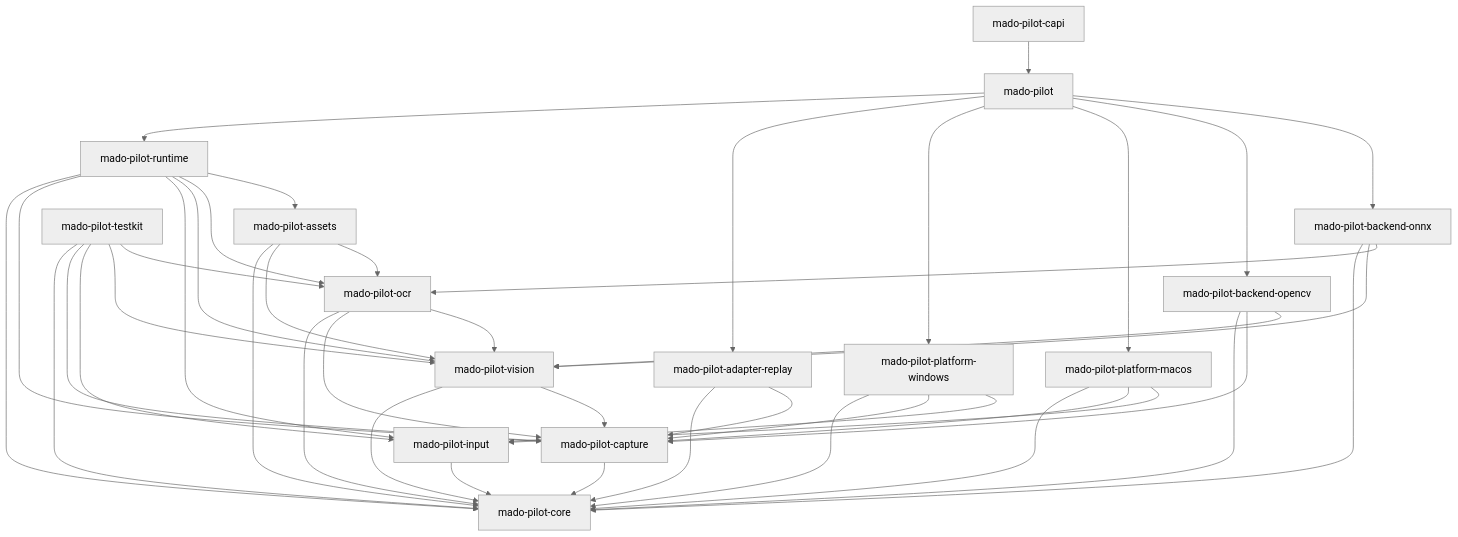
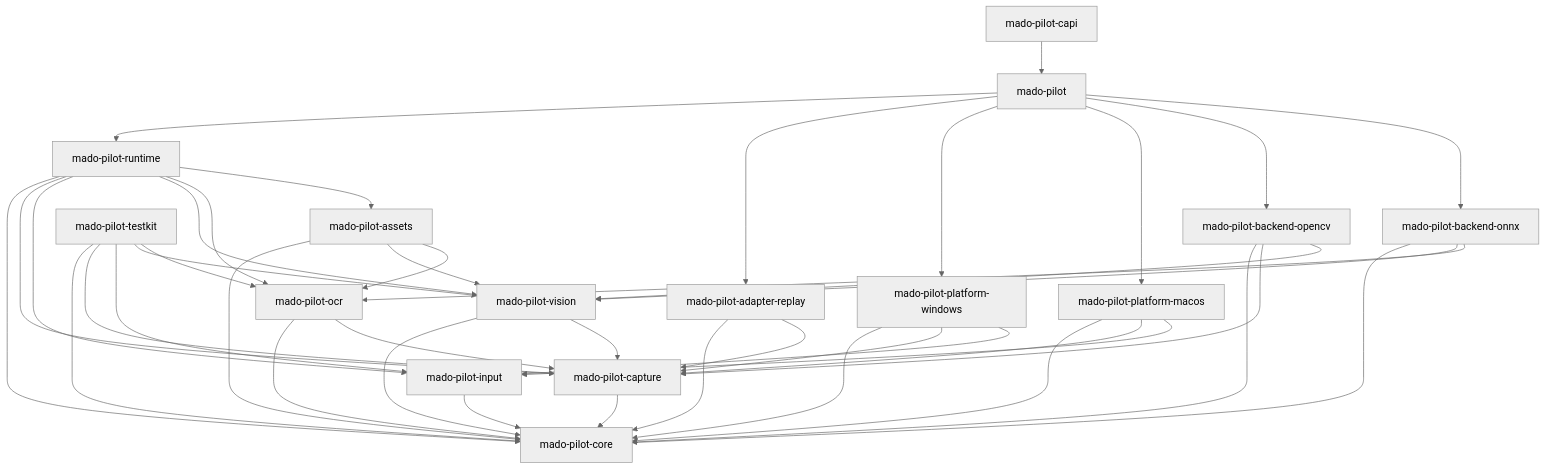
One commit to pashifika/mado-pilot changed the diagram in docs/architecture.md. Above: the diagram before and after it, drawn with Mermaid (neutral theme). The commit also changed other lines of this file and 19 other files, not shown here.

````diff
--- a/docs/architecture.md
+++ b/docs/architecture.md
@@ -309,64 +309,63 @@
 ```mermaid
 graph TD
     Core[mado-pilot-core]
     Capture[mado-pilot-capture]
     Input[mado-pilot-input]
     Vision[mado-pilot-vision]
     OCR[mado-pilot-ocr]
     Assets[mado-pilot-assets]
     Runtime[mado-pilot-runtime]
     Replay[mado-pilot-adapter-replay]
     Win[mado-pilot-platform-windows]
     Mac[mado-pilot-platform-macos]
     OpenCV[mado-pilot-backend-opencv]
     ONNX[mado-pilot-backend-onnx]
     Facade[mado-pilot]
     CAPI[mado-pilot-capi]
     Testkit[mado-pilot-testkit]
 
     Capture --> Core
     Input --> Core
     Vision --> Core
     Vision --> Capture
     OCR --> Core
     OCR --> Capture
-    OCR --> Vision
     Assets --> Core
     Assets --> Vision
     Assets --> OCR
     Runtime --> Core
     Runtime --> Capture
     Runtime --> Input
     Runtime --> Vision
     Runtime --> OCR
     Runtime --> Assets
 
     Replay --> Core
     Replay --> Capture
     Win --> Core
     Win --> Capture
     Win --> Input
     Mac --> Core
     Mac --> Capture
     Mac --> Input
     OpenCV --> Core
     OpenCV --> Capture
     OpenCV --> Vision
     ONNX --> Core
     ONNX --> Vision
     ONNX --> OCR
 
     Facade --> Runtime
     Facade --> Replay
     Facade --> Win
     Facade --> Mac
     Facade --> OpenCV
     Facade --> ONNX
     CAPI --> Facade
 
     Testkit --> Core
     Testkit --> Capture
     Testkit --> Input
     Testkit --> Vision
     Testkit --> OCR
 ```
````
